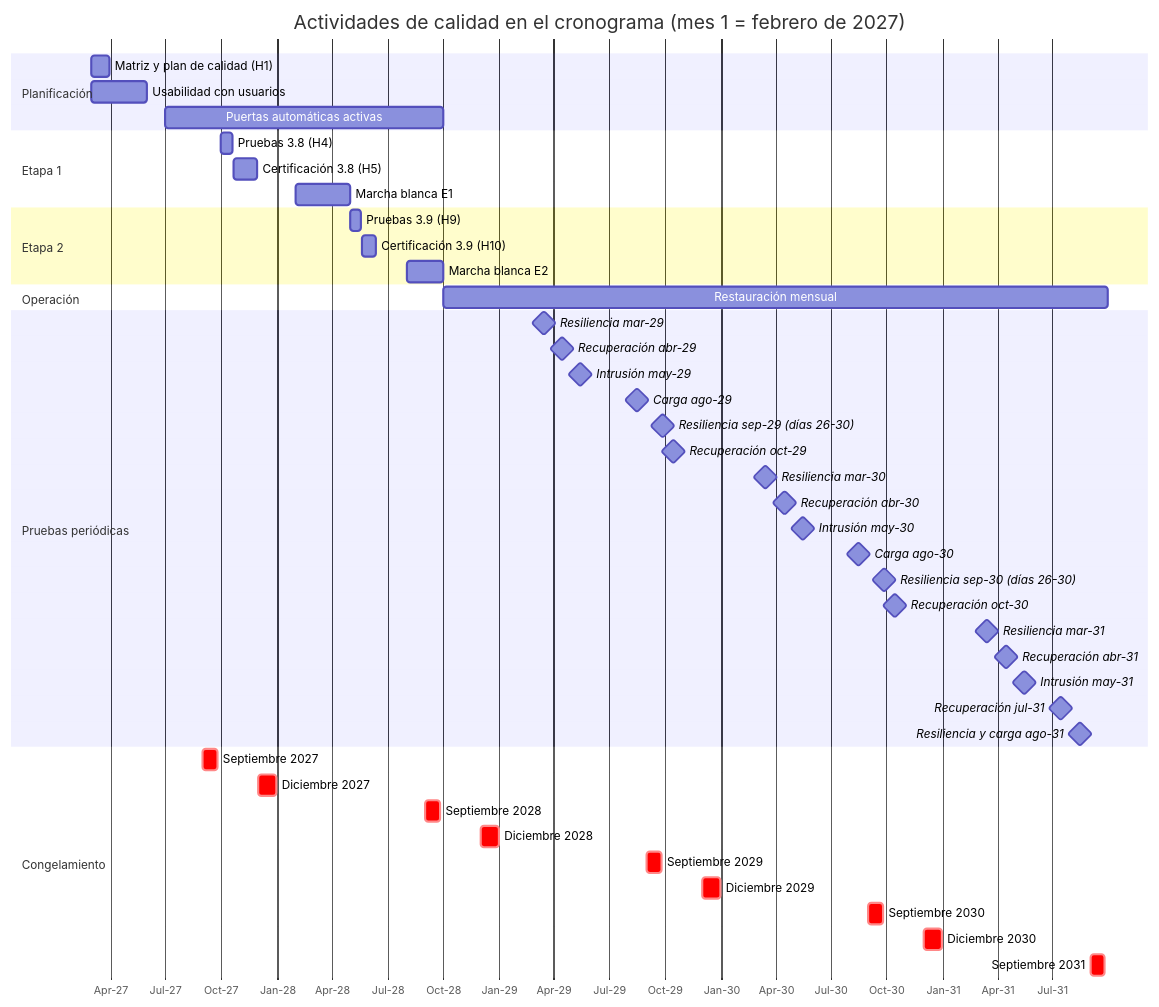
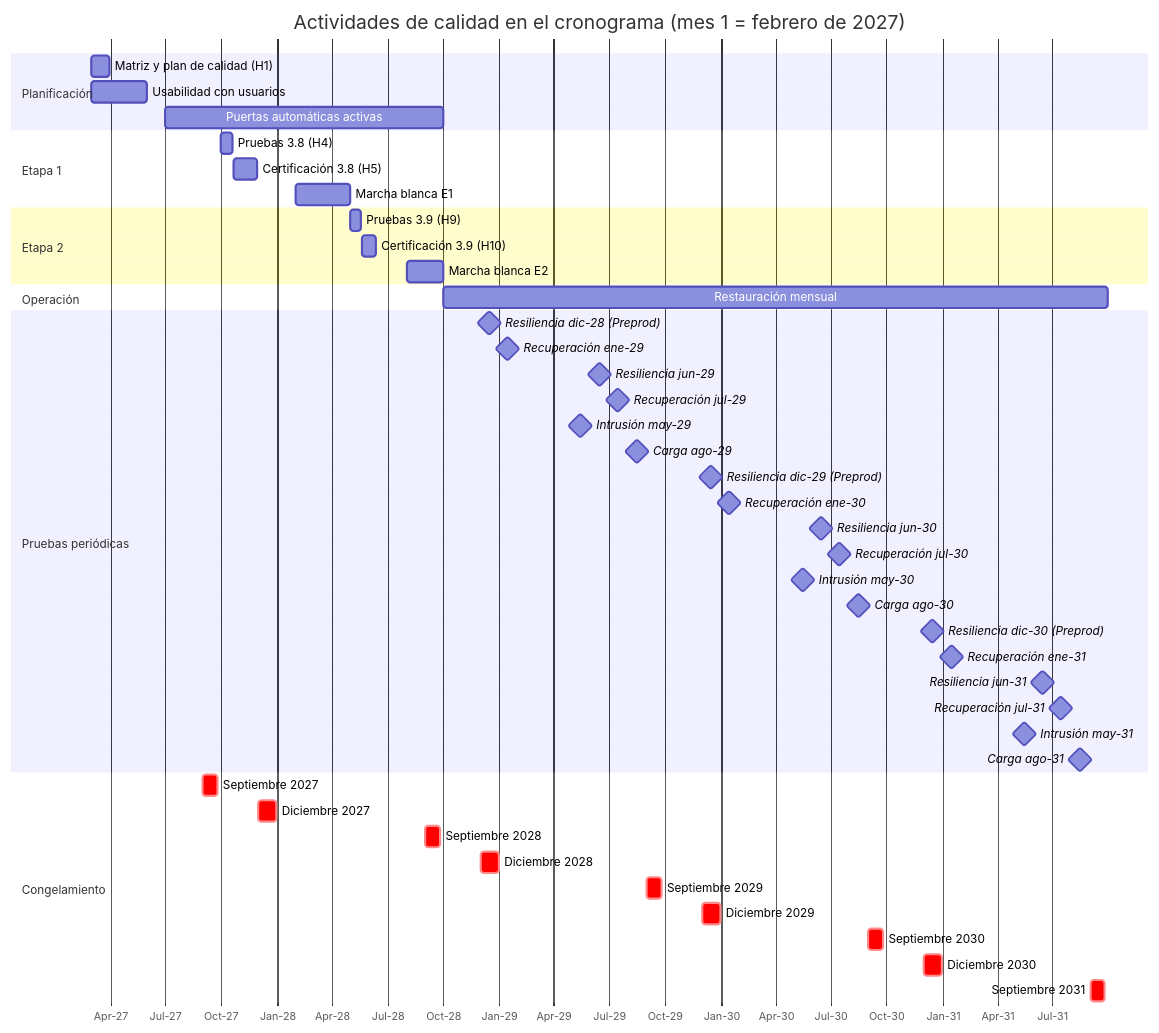
Before and after one commit to PatricioH315/LafroX: the ninth of 10 diagrams in 09_plan_calidad/LAFROX-Subdocumento9.md, drawn with Mermaid. The commit also changed other lines of this file and 4 other files, not shown here.

````diff
--- a/09_plan_calidad/LAFROX-Subdocumento9.md
+++ b/09_plan_calidad/LAFROX-Subdocumento9.md
@@ -421,48 +421,49 @@
 ```mermaid
 gantt
     title Actividades de calidad en el cronograma (mes 1 = febrero de 2027)
     dateFormat YYYY-MM-DD
     axisFormat %b-%y
     section Planificación
     Matriz y plan de calidad (H1)          :2027-03-01, 2027-03-31
     Usabilidad con usuarios                :2027-03-01, 2027-05-31
     Puertas automáticas activas            :2027-07-01, 2028-09-30
     section Etapa 1
     Pruebas 3.8 (H4)                       :2027-10-01, 2027-10-20
     Certificación 3.8 (H5)                 :2027-10-21, 2027-11-29
     Marcha blanca E1                       :2028-02-01, 2028-04-30
     section Etapa 2
     Pruebas 3.9 (H9)                       :2028-05-01, 2028-05-18
     Certificación 3.9 (H10)                :2028-05-19, 2028-06-12
     Marcha blanca E2                       :2028-08-01, 2028-09-30
     section Operación
     Restauración mensual                   :2028-10-01, 2031-09-30
     section Pruebas periódicas
-    Resiliencia mar-29                     :milestone, 2029-03-15, 0d
-    Recuperación abr-29                    :milestone, 2029-04-15, 0d
+    Resiliencia dic-28 (Preprod)           :milestone, 2028-12-15, 0d
+    Recuperación ene-29                    :milestone, 2029-01-15, 0d
+    Resiliencia jun-29                     :milestone, 2029-06-15, 0d
+    Recuperación jul-29                    :milestone, 2029-07-15, 0d
     Intrusión may-29                       :milestone, 2029-05-15, 0d
     Carga ago-29                           :milestone, 2029-08-15, 0d
-    Resiliencia sep-29 (días 26-30)        :milestone, 2029-09-27, 0d
-    Recuperación oct-29                    :milestone, 2029-10-15, 0d
-    Resiliencia mar-30                     :milestone, 2030-03-15, 0d
-    Recuperación abr-30                    :milestone, 2030-04-15, 0d
+    Resiliencia dic-29 (Preprod)           :milestone, 2029-12-15, 0d
+    Recuperación ene-30                    :milestone, 2030-01-15, 0d
+    Resiliencia jun-30                     :milestone, 2030-06-15, 0d
+    Recuperación jul-30                    :milestone, 2030-07-15, 0d
     Intrusión may-30                       :milestone, 2030-05-15, 0d
     Carga ago-30                           :milestone, 2030-08-15, 0d
-    Resiliencia sep-30 (días 26-30)        :milestone, 2030-09-27, 0d
-    Recuperación oct-30                    :milestone, 2030-10-15, 0d
-    Resiliencia mar-31                     :milestone, 2031-03-15, 0d
-    Recuperación abr-31                    :milestone, 2031-04-15, 0d
+    Resiliencia dic-30 (Preprod)           :milestone, 2030-12-15, 0d
+    Recuperación ene-31                    :milestone, 2031-01-15, 0d
+    Resiliencia jun-31                     :milestone, 2031-06-15, 0d
+    Recuperación jul-31                    :milestone, 2031-07-15, 0d
     Intrusión may-31                       :milestone, 2031-05-15, 0d
-    Recuperación jul-31                    :milestone, 2031-07-15, 0d
-    Resiliencia y carga ago-31             :milestone, 2031-08-15, 0d
+    Carga ago-31                           :milestone, 2031-08-15, 0d
     section Congelamiento
     Septiembre 2027                        :crit, 2027-09-01, 2027-09-25
     Diciembre 2027                         :crit, 2027-12-01, 2027-12-31
     Septiembre 2028                        :crit, 2028-09-01, 2028-09-25
     Diciembre 2028                         :crit, 2028-12-01, 2028-12-31
     Septiembre 2029                        :crit, 2029-09-01, 2029-09-25
     Diciembre 2029                         :crit, 2029-12-01, 2029-12-31
     Septiembre 2030                        :crit, 2030-09-01, 2030-09-25
     Diciembre 2030                         :crit, 2030-12-01, 2030-12-31
     Septiembre 2031                        :crit, 2031-09-01, 2031-09-25
 ```
````
